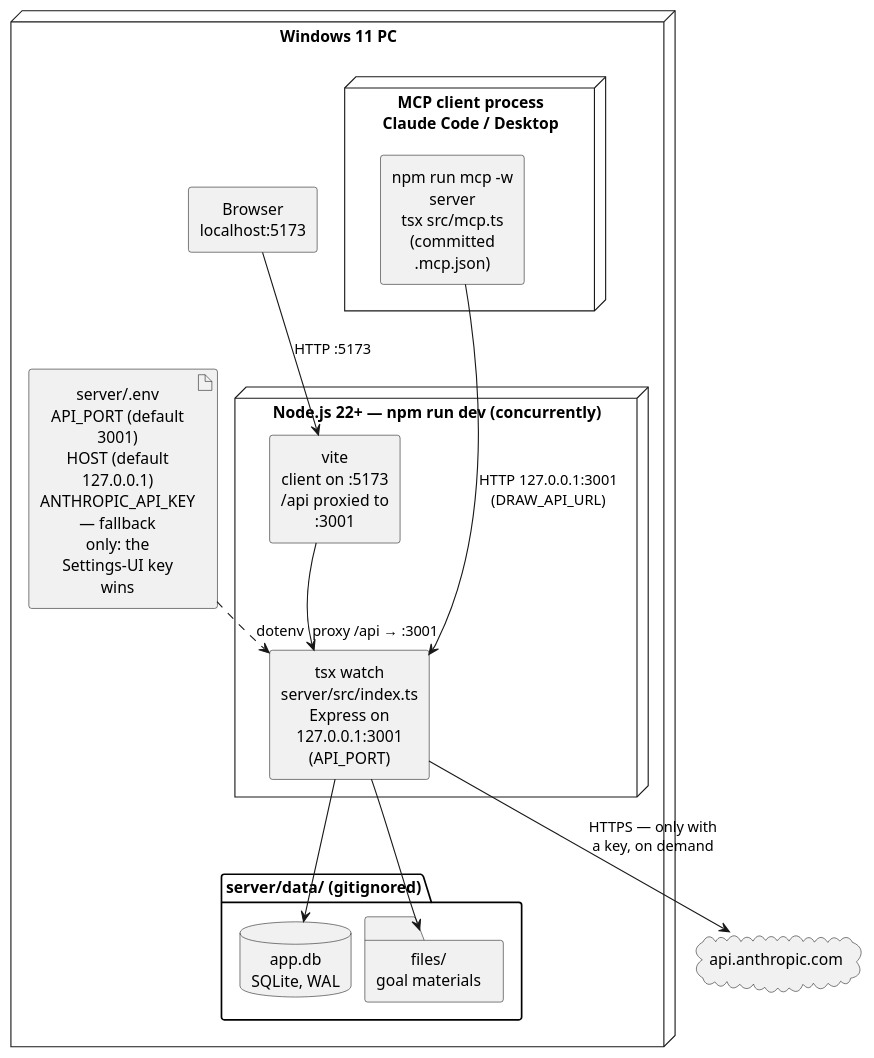
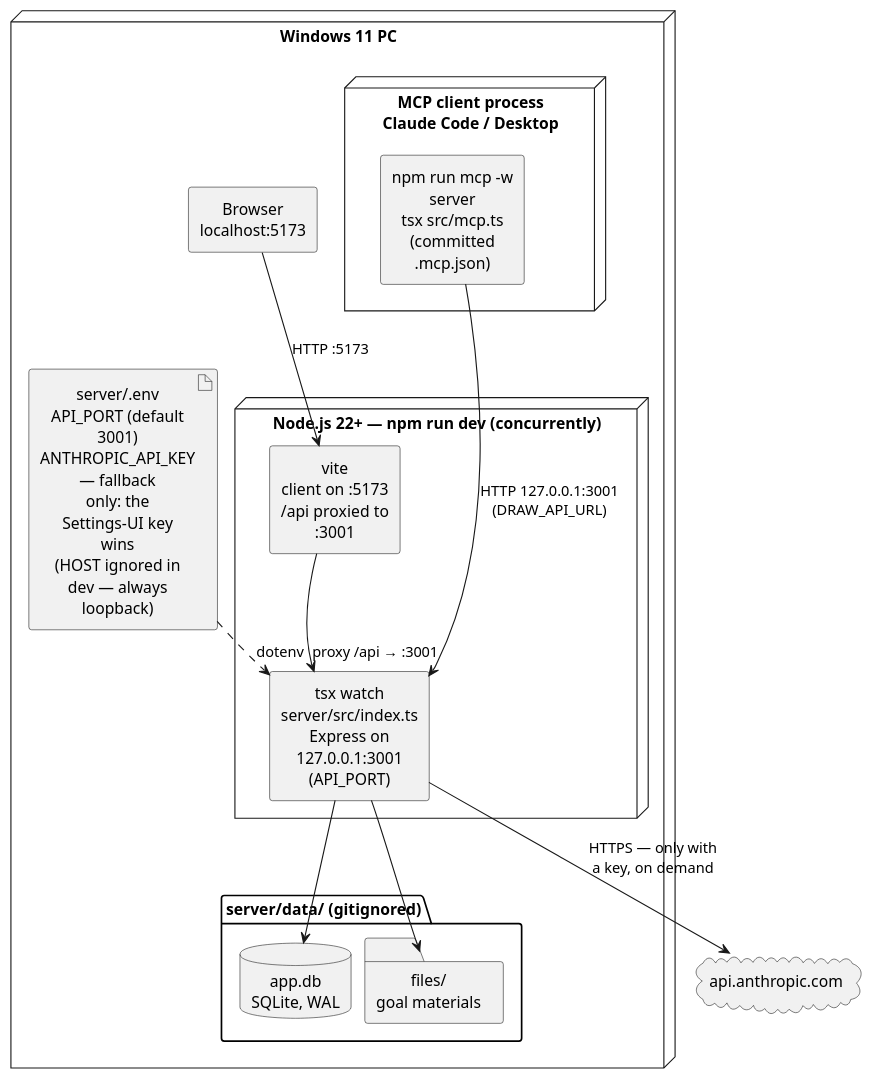
The first of 2 diagrams in docs/modules/ROOT/pages/07_deployment_view.adoc (FelixGeisler/draw), drawn with PlantUML before and after one commit. The commit also changed other lines of this file and 16 other files, not shown here.

First line of the commit message:
#189 Address review: harden fallback, JSON api 404, dev pinned to loopback

```diff
--- a/docs/modules/ROOT/pages/07_deployment_view.adoc
+++ b/docs/modules/ROOT/pages/07_deployment_view.adoc
@@ -10,38 +10,38 @@
 [plantuml,deployment,svg]
 ....
 @startuml
 skinparam shadowing false
 skinparam wrapWidth 130
 skinparam defaultTextAlignment center
 skinparam componentStyle rectangle
 skinparam nodesep 12
 skinparam ranksep 18
 
 node "Windows 11 PC" as pc {
   component "Browser\nlocalhost:5173" as browser
   node "MCP client process\nClaude Code / Desktop" as mcpclient {
     component "npm run mcp -w server\ntsx src/mcp.ts\n(committed .mcp.json)" as mcpsrv
   }
   node "Node.js 22+ — npm run dev (concurrently)" as devtree {
     component "vite\nclient on :5173\n/api proxied to :3001" as vite
     component "tsx watch server/src/index.ts\nExpress on 127.0.0.1:3001\n(API_PORT)" as express
   }
   folder "server/data/ (gitignored)" as data {
     database "app.db\nSQLite, WAL" as db
     folder "files/\ngoal materials" as files
   }
-  artifact "server/.env\nAPI_PORT (default 3001)\nHOST (default 127.0.0.1)\nANTHROPIC_API_KEY — fallback\nonly: the Settings-UI key wins" as env
+  artifact "server/.env\nAPI_PORT (default 3001)\nANTHROPIC_API_KEY — fallback\nonly: the Settings-UI key wins\n(HOST ignored in dev — always loopback)" as env
 }
 cloud "api.anthropic.com" as claude
 
 browser --> vite : HTTP :5173
 vite --> express : proxy /api → :3001
 mcpsrv --> express : HTTP 127.0.0.1:3001\n(DRAW_API_URL)
 env ..> express : dotenv
 express --> db
 express --> files
 express --> claude : HTTPS — only with\na key, on demand
 browser -[hidden]right-> mcpclient
 db -[hidden]right-> files
 @enduml
 ....
```
